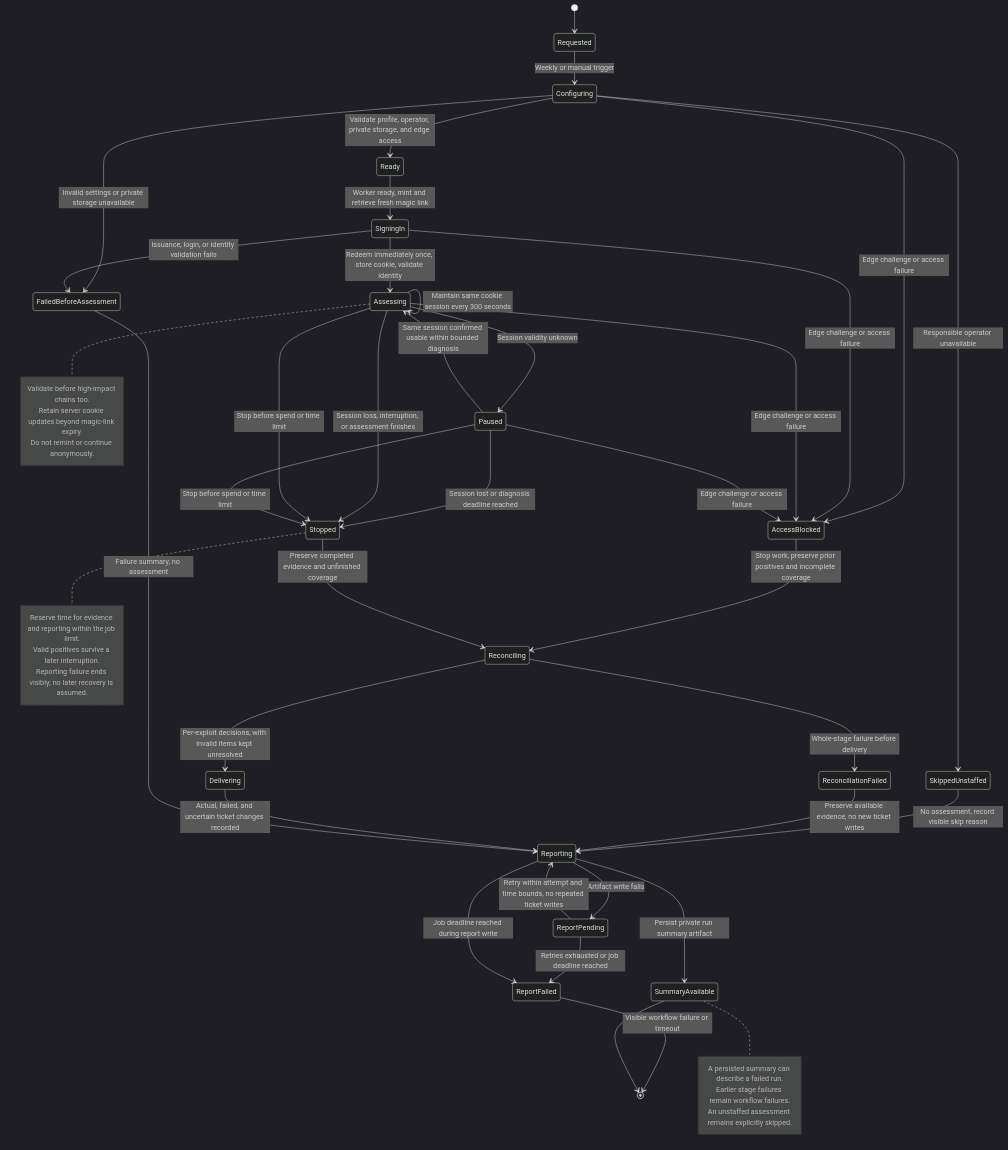
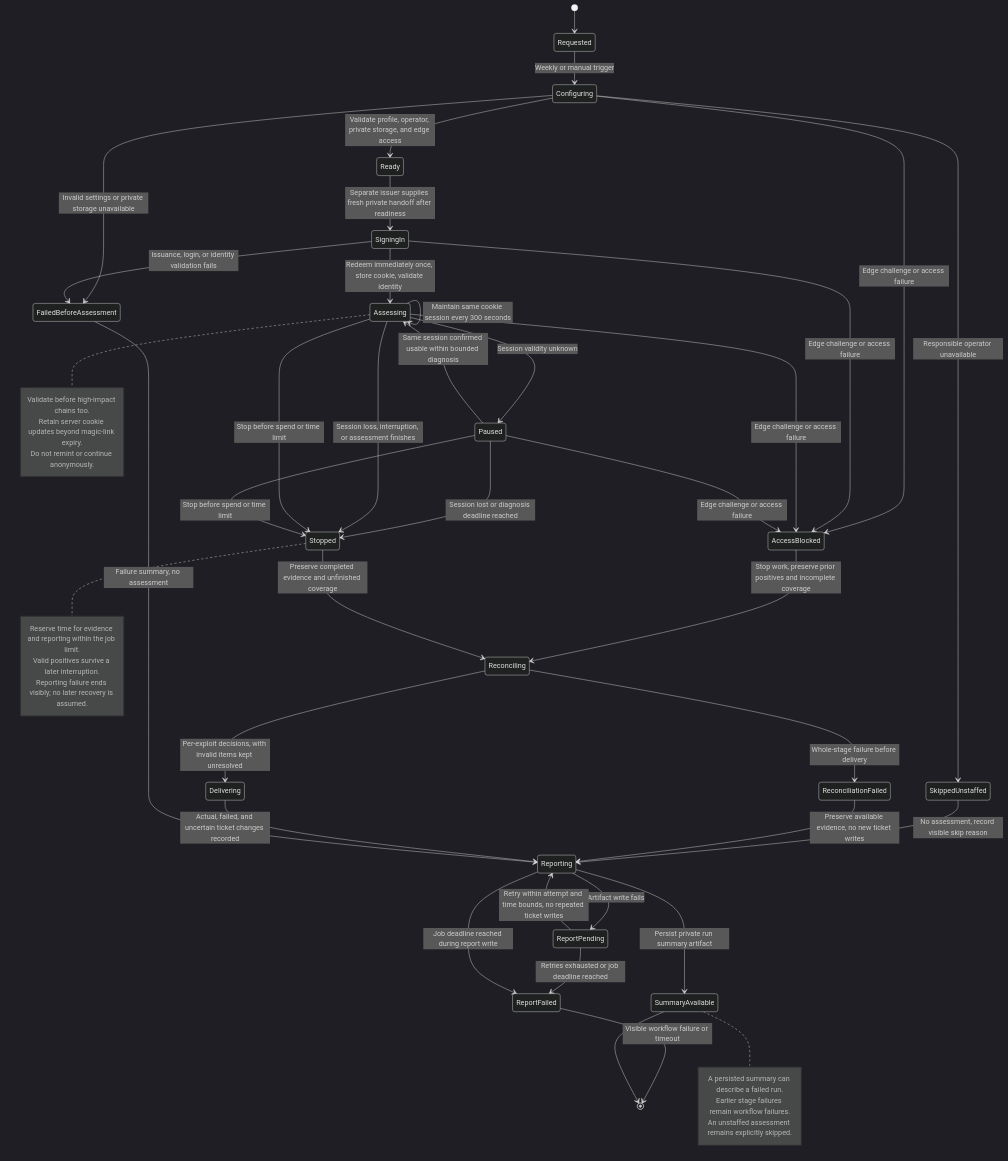
The diagram in product-docs/attack-runner.md (foxglove/actions), drawn with Mermaid (dark theme) before and after one commit. The commit also changed other lines of this file and 4 other files, not shown here.

Commit message:
docs: isolate Attack Runner authentication with private login handoff

````diff
--- a/product-docs/attack-runner.md
+++ b/product-docs/attack-runner.md
@@ -82,53 +84,53 @@
 ```mermaid
 stateDiagram-v2
     [*] --> Requested
     Requested --> Configuring: Weekly or manual trigger
     Configuring --> SkippedUnstaffed: Responsible operator unavailable
     SkippedUnstaffed --> Reporting: No assessment, record visible skip reason
     Configuring --> Ready: Validate profile, operator, private storage, and edge access
     Configuring --> FailedBeforeAssessment: Invalid settings or private storage unavailable
     Configuring --> AccessBlocked: Edge challenge or access failure
-    Ready --> SigningIn: Worker ready, mint and retrieve fresh magic link
+    Ready --> SigningIn: Separate issuer supplies fresh private handoff after readiness
     SigningIn --> Assessing: Redeem immediately once, store cookie, validate identity
     SigningIn --> FailedBeforeAssessment: Issuance, login, or identity validation fails
     SigningIn --> AccessBlocked: Edge challenge or access failure
     Assessing --> Assessing: Maintain same cookie session every 300 seconds
     Assessing --> Paused: Session validity unknown
     Assessing --> AccessBlocked: Edge challenge or access failure
     Paused --> Assessing: Same session confirmed usable within bounded diagnosis
     Paused --> Stopped: Session lost or diagnosis deadline reached
     Paused --> AccessBlocked: Edge challenge or access failure
     AccessBlocked --> Reconciling: Stop work, preserve prior positives and incomplete coverage
     Assessing --> Stopped: Session loss, interruption, or assessment finishes
     Assessing --> Stopped: Stop before spend or time limit
     Paused --> Stopped: Stop before spend or time limit
     Stopped --> Reconciling: Preserve completed evidence and unfinished coverage
     Reconciling --> Delivering: Per-exploit decisions, with invalid items kept unresolved
     Reconciling --> ReconciliationFailed: Whole-stage failure before delivery
     ReconciliationFailed --> Reporting: Preserve available evidence, no new ticket writes
     Delivering --> Reporting: Actual, failed, and uncertain ticket changes recorded
     FailedBeforeAssessment --> Reporting: Failure summary, no assessment
     Reporting --> SummaryAvailable: Persist private run summary artifact
     Reporting --> ReportPending: Artifact write fails
     ReportPending --> Reporting: Retry within attempt and time bounds, no repeated ticket writes
     ReportPending --> ReportFailed: Retries exhausted or job deadline reached
     Reporting --> ReportFailed: Job deadline reached during report write
     ReportFailed --> [*]: Visible workflow failure or timeout
     SummaryAvailable --> [*]
 
     note right of Assessing
         Validate before high-impact chains too.
         Retain server cookie updates beyond magic-link expiry.
         Do not remint or continue anonymously.
     end note
     note right of SummaryAvailable
         A persisted summary can describe a failed run.
         Earlier stage failures remain workflow failures.
         An unstaffed assessment remains explicitly skipped.
     end note
     note right of Stopped
         Reserve time for evidence and reporting within the job limit.
         Valid positives survive a later interruption.
         Reporting failure ends visibly; no later recovery is assumed.
     end note
 ```
````
